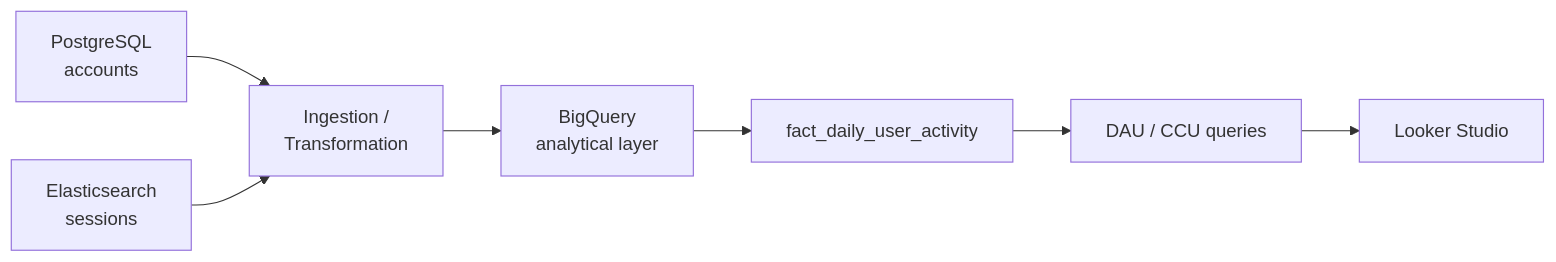
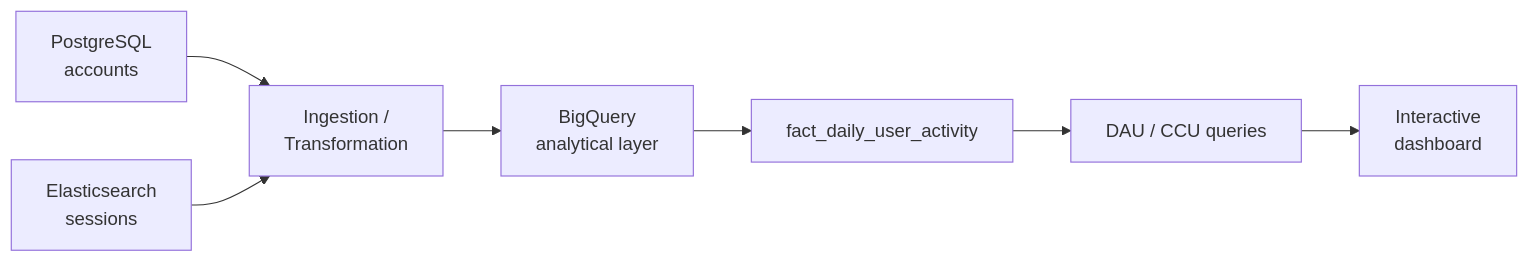
One commit to yiningcong/sandbox-project changed the diagram in docs/architecture.md. Above: the diagram before and after it, drawn with Mermaid. The commit also changed other lines of this file and 10 other files, not shown here.

````diff
--- a/docs/architecture.md
+++ b/docs/architecture.md
@@ -5,9 +5,9 @@
 ```mermaid
 flowchart LR
     A[PostgreSQL<br/>accounts] --> C[Ingestion /<br/>Transformation]
     B[Elasticsearch<br/>sessions] --> C
     C --> D[BigQuery<br/>analytical layer]
     D --> E[fact_daily_user_activity]
     E --> F[DAU / CCU queries]
-    F --> G[Looker Studio]
+    F --> G[Interactive<br/>dashboard]
 ```
````
